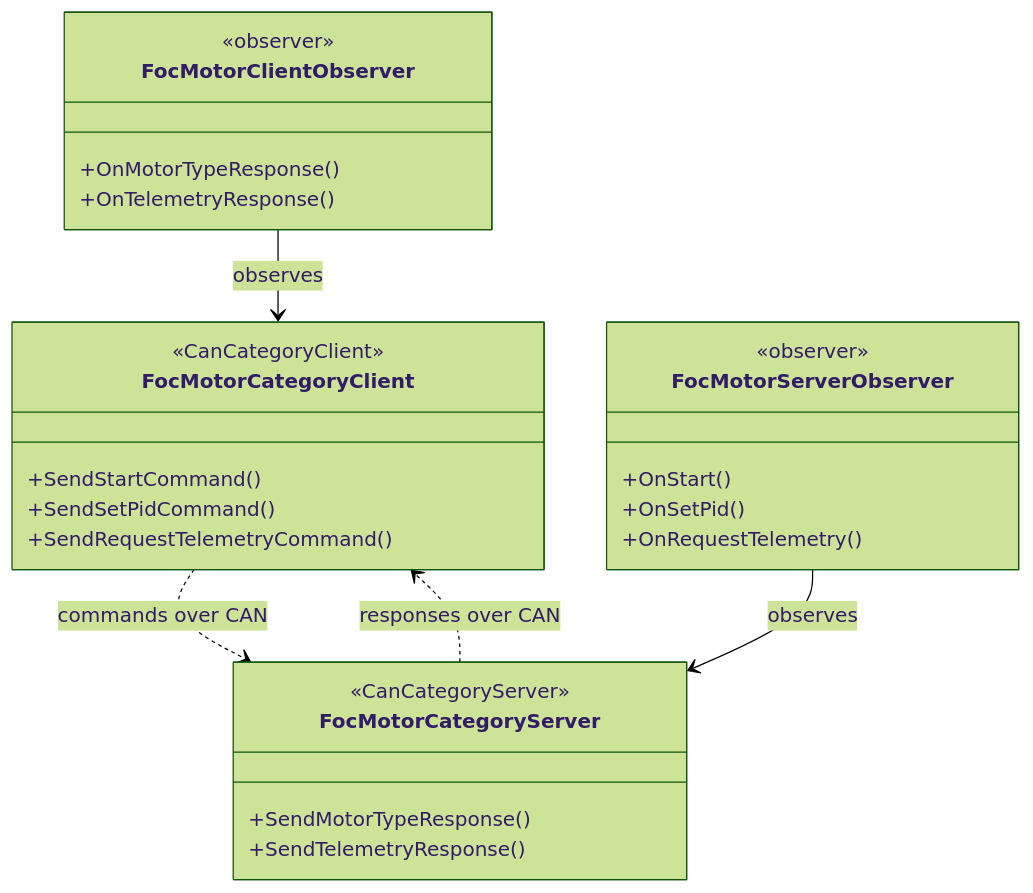
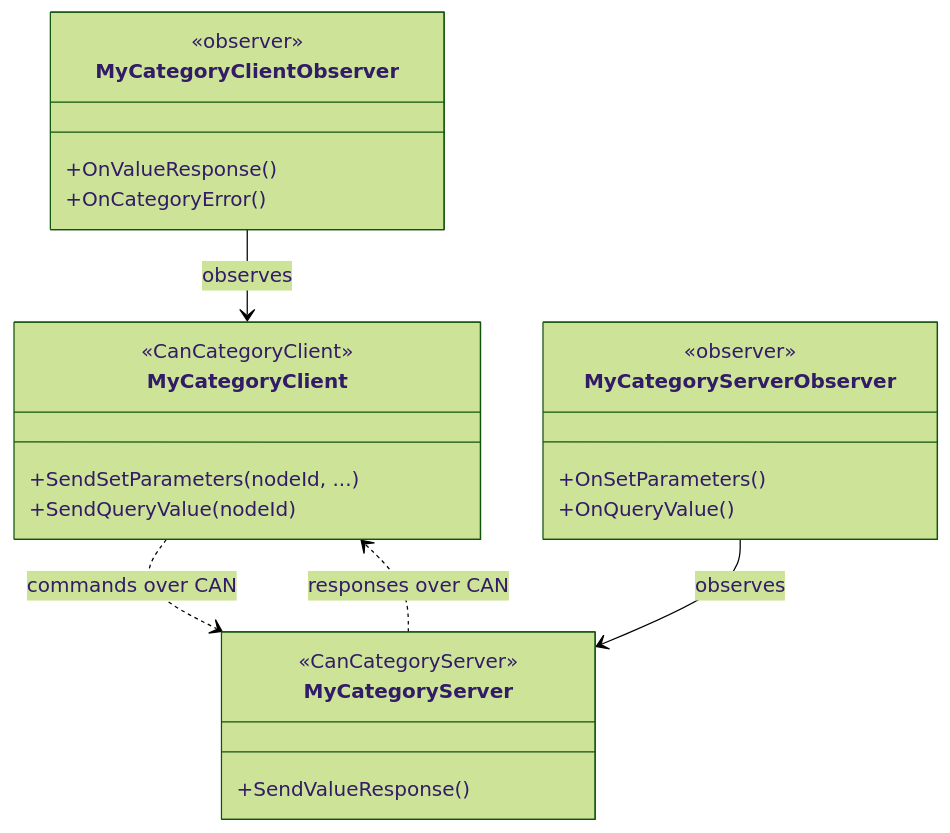
One commit to embedded-pro/can-lite changed the fourth of 4 diagrams in documents/design/architecture.md. Above: the diagram before and after it, drawn with Mermaid (forest theme). The commit also changed other lines of this file and 82 other files, not shown here.

First line of the commit message:
refactor!: make the category API generic and move FOC motor to examples (#44)

````diff
--- a/documents/design/architecture.md
+++ b/documents/design/architecture.md
@@ -186,33 +198,30 @@
 ```mermaid
 classDiagram
-    class FocMotorCategoryClient {
+    class MyCategoryClient {
         <<CanCategoryClient>>
-        +SendStartCommand()
-        +SendSetPidCommand()
-        +SendRequestTelemetryCommand()
+        +SendSetParameters(nodeId, ...)
+        +SendQueryValue(nodeId)
     }
 
-    class FocMotorClientObserver {
+    class MyCategoryClientObserver {
         <<observer>>
-        +OnMotorTypeResponse()
-        +OnTelemetryResponse()
+        +OnValueResponse()
+        +OnCategoryError()
     }
 
-    class FocMotorCategoryServer {
+    class MyCategoryServer {
         <<CanCategoryServer>>
-        +SendMotorTypeResponse()
-        +SendTelemetryResponse()
+        +SendValueResponse()
     }
 
-    class FocMotorServerObserver {
+    class MyCategoryServerObserver {
         <<observer>>
-        +OnStart()
-        +OnSetPid()
-        +OnRequestTelemetry()
+        +OnSetParameters()
+        +OnQueryValue()
     }
 
-    FocMotorCategoryClient ..> FocMotorCategoryServer : commands over CAN
-    FocMotorCategoryServer ..> FocMotorCategoryClient : responses over CAN
-    FocMotorClientObserver --> FocMotorCategoryClient : observes
-    FocMotorServerObserver --> FocMotorCategoryServer : observes
+    MyCategoryClient ..> MyCategoryServer : commands over CAN
+    MyCategoryServer ..> MyCategoryClient : responses over CAN
+    MyCategoryClientObserver --> MyCategoryClient : observes
+    MyCategoryServerObserver --> MyCategoryServer : observes
 ```
````
